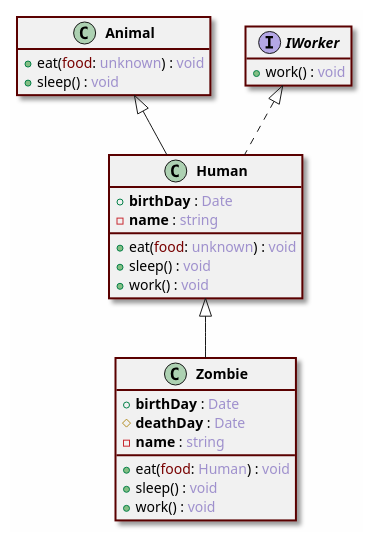
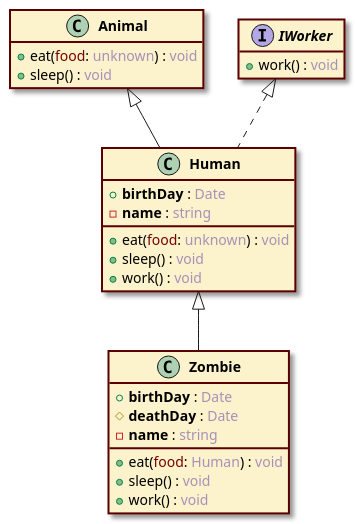
Before and after one commit to krisztianb/typedoc-umlclass: the diagram in docs/example.puml, drawn with PlantUML. The commit also changed 1 other file, not shown here.

```diff
--- a/docs/example.puml
+++ b/docs/example.puml
@@ -1,42 +1,43 @@
 @startuml
 hide empty fields
 hide empty methods
 skinparam Shadowing true
-skinparam BackgroundColor fefefe
+skinparam BackgroundColor white
 skinparam ClassBorderColor 5a0000
 skinparam ClassBorderThickness 2
+skinparam ClassBackgroundColor fcf2cc
 skinparam RoundCorner 0
 skinparam ClassFontStyle bold
 
 class Animal {
   +eat(<color:780000>food</color>: <color:26009966>unknown</color>) : <color:26009966>void</color>
   +sleep() : <color:26009966>void</color>
 }
 
 interface IWorker {
   +work() : <color:26009966>void</color>
 }
 
 class Human {
   +<b>birthDay</b> : <color:26009966>Date</color>
   -<b>name</b> : <color:26009966>string</color>
   +eat(<color:780000>food</color>: <color:26009966>unknown</color>) : <color:26009966>void</color>
   +sleep() : <color:26009966>void</color>
   +work() : <color:26009966>void</color>
 }
 
 class Zombie {
   +<b>birthDay</b> : <color:26009966>Date</color>
   #<b>deathDay</b> : <color:26009966>Date</color>
   -<b>name</b> : <color:26009966>string</color>
   +eat(<color:780000>food</color>: <color:26009966>Human</color>) : <color:26009966>void</color>
   +sleep() : <color:26009966>void</color>
   +work() : <color:26009966>void</color>
 }
 
 Animal <|-- Human
 
 IWorker <|.. Human
 
 Human <|-- Zombie
 @enduml
```
